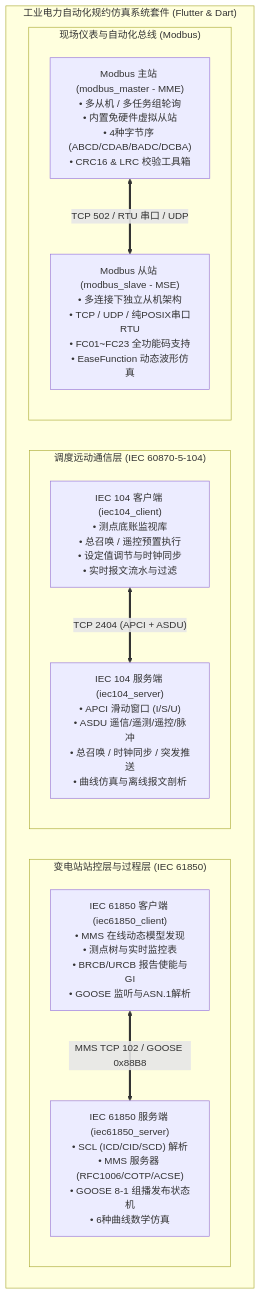
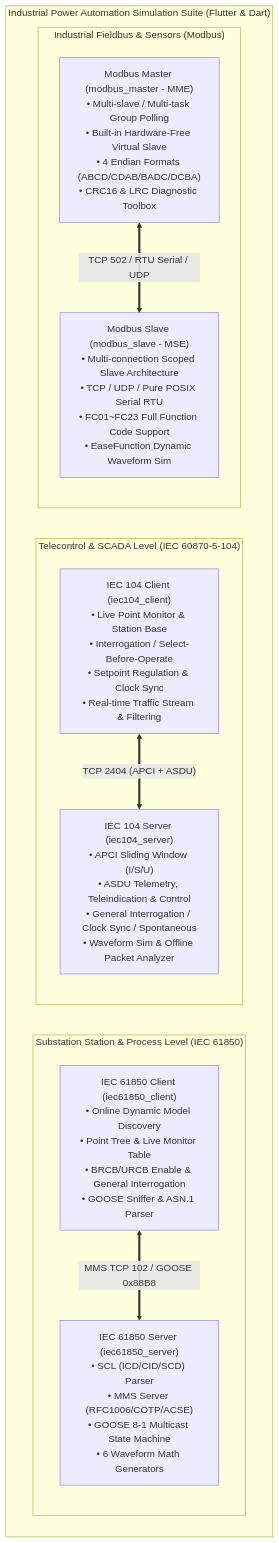
Before and after one commit to orglibs/industrial-protocol-suite: the diagram in README.md, drawn with Mermaid. The commit also changed other lines of this file and 144 other files, not shown here.

````diff
--- a/README.md
+++ b/README.md
@@ -27,22 +65,22 @@
 ```mermaid
 flowchart TB
-    subgraph Suite["工业电力自动化规约仿真系统套件 (Flutter & Dart)"]
-        subgraph Substation["变电站站控层与过程层 (IEC 61850)"]
-            S61850["IEC 61850 服务端 (iec61850_server)<br/>• SCL (ICD/CID/SCD) 解析<br/>• MMS 服务器 (RFC1006/COTP/ACSE)<br/>• GOOSE 8-1 组播发布状态机<br/>• 6种曲线数学仿真"]
-            C61850["IEC 61850 客户端 (iec61850_client)<br/>• MMS 在线动态模型发现<br/>• 测点树与实时监控表<br/>• BRCB/URCB 报告使能与GI<br/>• GOOSE 监听与ASN.1解析"]
+    subgraph Suite["Industrial Power Automation Simulation Suite (Flutter & Dart)"]
+        subgraph Substation["Substation Station & Process Level (IEC 61850)"]
+            S61850["IEC 61850 Server (iec61850_server)<br/>• SCL (ICD/CID/SCD) Parser<br/>• MMS Server (RFC1006/COTP/ACSE)<br/>• GOOSE 8-1 Multicast State Machine<br/>• 6 Waveform Math Generators"]
+            C61850["IEC 61850 Client (iec61850_client)<br/>• Online Dynamic Model Discovery<br/>• Point Tree & Live Monitor Table<br/>• BRCB/URCB Enable & General Interrogation<br/>• GOOSE Sniffer & ASN.1 Parser"]
             C61850 <== "MMS TCP 102 / GOOSE 0x88B8" ==> S61850
         end
 
-        subgraph Telecontrol["调度远动通信层 (IEC 60870-5-104)"]
-            S104["IEC 104 服务端 (iec104_server)<br/>• APCI 滑动窗口 (I/S/U)<br/>• ASDU 遥信/遥测/遥控/脉冲<br/>• 总召唤 / 时钟同步 / 突发推送<br/>• 曲线仿真与离线报文剖析"]
-            C104["IEC 104 客户端 (iec104_client)<br/>• 测点底账监视库<br/>• 总召唤 / 遥控预置执行<br/>• 设定值调节与时钟同步<br/>• 实时报文流水与过滤"]
+        subgraph Telecontrol["Telecontrol & SCADA Level (IEC 60870-5-104)"]
+            S104["IEC 104 Server (iec104_server)<br/>• APCI Sliding Window (I/S/U)<br/>• ASDU Telemetry, Teleindication & Control<br/>• General Interrogation / Clock Sync / Spontaneous<br/>• Waveform Sim & Offline Packet Analyzer"]
+            C104["IEC 104 Client (iec104_client)<br/>• Live Point Monitor & Station Base<br/>• Interrogation / Select-Before-Operate<br/>• Setpoint Regulation & Clock Sync<br/>• Real-time Traffic Stream & Filtering"]
             C104 <== "TCP 2404 (APCI + ASDU)" ==> S104
         end
 
-        subgraph Fieldbus["现场仪表与自动化总线 (Modbus)"]
-            MSlave["Modbus 从站 (modbus_slave - MSE)<br/>• 多连接下独立从机架构<br/>• TCP / UDP / 纯POSIX串口RTU<br/>• FC01~FC23 全功能码支持<br/>• EaseFunction 动态波形仿真"]
-            MMaster["Modbus 主站 (modbus_master - MME)<br/>• 多从机 / 多任务组轮询<br/>• 内置免硬件虚拟从站<br/>• 4种字节序 (ABCD/CDAB/BADC/DCBA)<br/>• CRC16 & LRC 校验工具箱"]
-            MMaster <== "TCP 502 / RTU 串口 / UDP" ==> MSlave
+        subgraph Fieldbus["Industrial Fieldbus & Sensors (Modbus)"]
+            MSlave["Modbus Slave (modbus_slave - MSE)<br/>• Multi-connection Scoped Slave Architecture<br/>• TCP / UDP / Pure POSIX Serial RTU<br/>• FC01~FC23 Full Function Code Support<br/>• EaseFunction Dynamic Waveform Sim"]
+            MMaster["Modbus Master (modbus_master - MME)<br/>• Multi-slave / Multi-task Group Polling<br/>• Built-in Hardware-Free Virtual Slave<br/>• 4 Endian Formats (ABCD/CDAB/BADC/DCBA)<br/>• CRC16 & LRC Diagnostic Toolbox"]
+            MMaster <== "TCP 502 / RTU Serial / UDP" ==> MSlave
         end
     end
 ```
````
